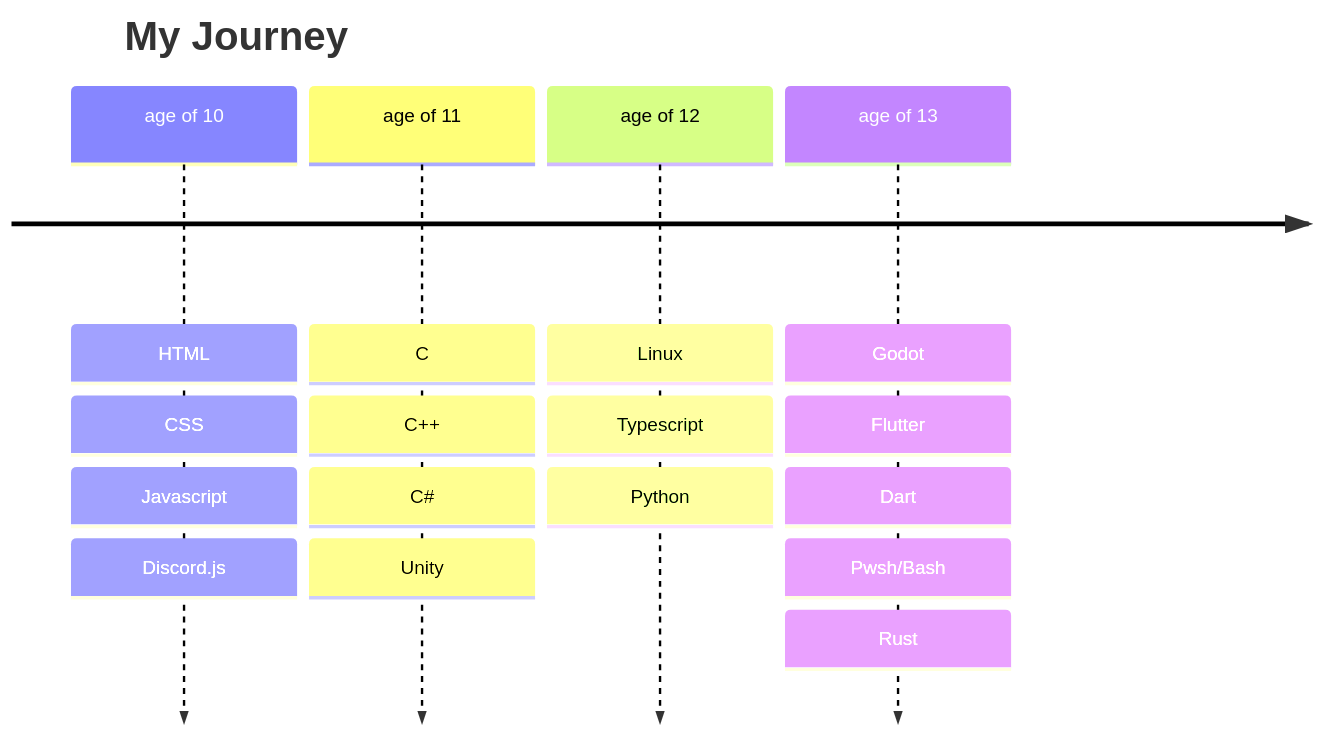
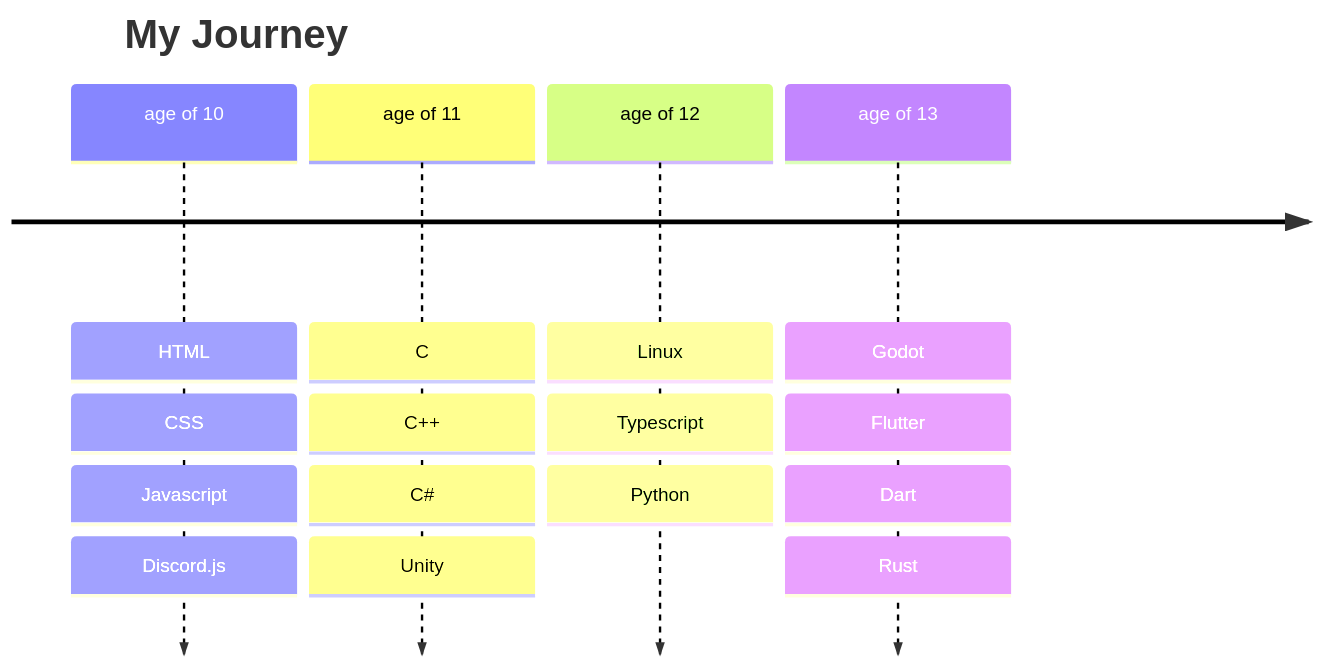
The diagram in README.md (ViktorPopp/ViktorPopp), drawn with Mermaid before and after one commit. The commit also changed other lines of this file, not shown here.

````diff
--- a/README.md
+++ b/README.md
@@ -52,23 +52,23 @@
 ```mermaid
 timeline
 title My Journey
 age of 10
 	: HTML
 	: CSS
 	: Javascript
 	: Discord.js
 age of 11
 	: C
 	: C++
 	: C#
 	: Unity
 age of 12
 	: Linux
 	: Typescript
 	: Python
-age of 13 : Godot
+age of 13
+	: Godot
 	: Flutter
 	: Dart
-	: Pwsh/Bash
 	: Rust
 ```
````
